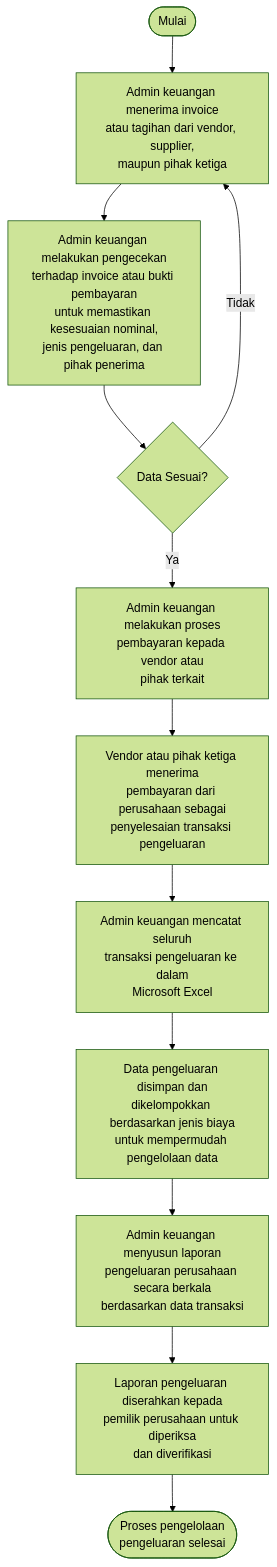
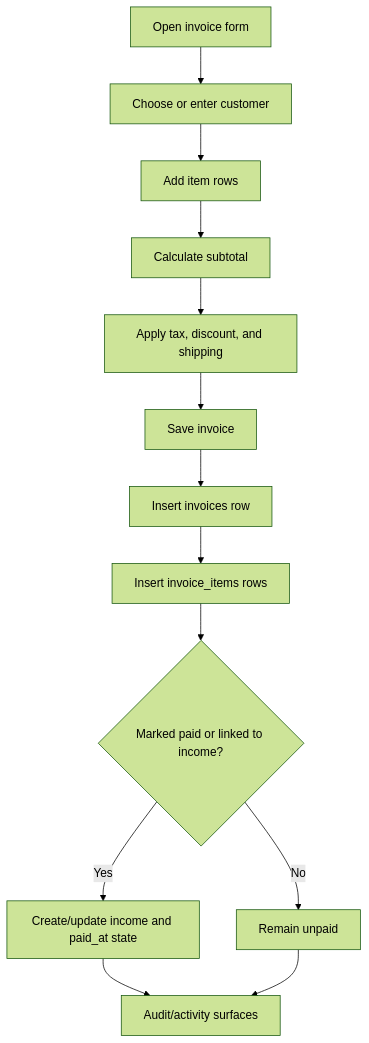
The third of 5 diagrams in docs/diagram.md (aadvxe/Gmera-Solusi), drawn with Mermaid (forest theme) before and after one commit. The commit also changed other lines of this file and 7 other files, not shown here.

````diff
--- a/docs/diagram.md
+++ b/docs/diagram.md
@@ -26,14 +39,15 @@
 ```mermaid
 flowchart TD
-    A([Mulai]) --> B["Admin keuangan menerima invoice\natau tagihan dari vendor, supplier,\nmaupun pihak ketiga"]
-    B --> C["Admin keuangan melakukan pengecekan\nterhadap invoice atau bukti pembayaran\nuntuk memastikan kesesuaian nominal,\njenis pengeluaran, dan pihak penerima"]
-    C --> D{"Data Sesuai?"}
-    D -->|Ya| E["Admin keuangan melakukan proses\npembayaran kepada vendor atau\npihak terkait"]
-    D -->|Tidak| B
-    E --> F["Vendor atau pihak ketiga menerima\npembayaran dari perusahaan sebagai\npenyelesaian transaksi pengeluaran"]
-    F --> G["Admin keuangan mencatat seluruh\ntransaksi pengeluaran ke dalam\nMicrosoft Excel"]
-    G --> H["Data pengeluaran disimpan dan\ndikelompokkan berdasarkan jenis biaya\nuntuk mempermudah pengelolaan data"]
-    H --> I["Admin keuangan menyusun laporan\npengeluaran perusahaan secara berkala\nberdasarkan data transaksi"]
-    I --> J["Laporan pengeluaran diserahkan kepada\npemilik perusahaan untuk diperiksa\ndan diverifikasi"]
-    J --> K([Proses pengelolaan\npengeluaran selesai])
+  A["Open invoice form"] --> B["Choose or enter customer"]
+  B --> C["Add item rows"]
+  C --> D["Calculate subtotal"]
+  D --> E["Apply tax, discount, and shipping"]
+  E --> F["Save invoice"]
+  F --> G["Insert invoices row"]
+  G --> H["Insert invoice_items rows"]
+  H --> I{"Marked paid or linked to income?"}
+  I -->|Yes| J["Create/update income and paid_at state"]
+  I -->|No| K["Remain unpaid"]
+  J --> L["Audit/activity surfaces"]
+  K --> L
 ```
````
